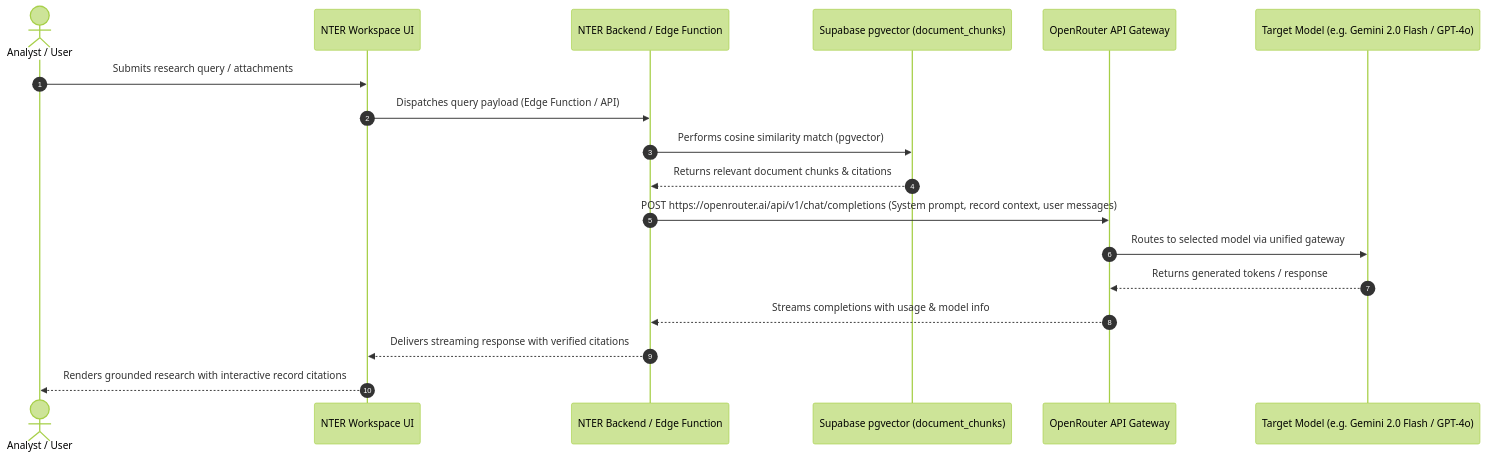
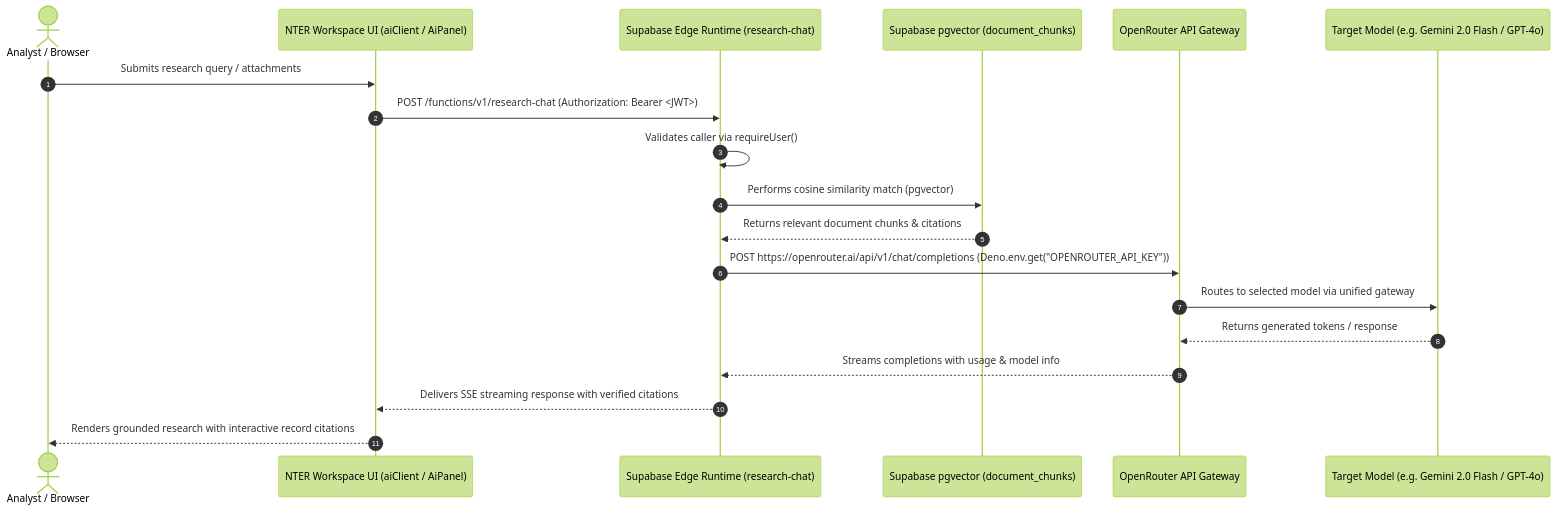
The third of 9 diagrams in docs/flow.md (ddllabs/niyantran), drawn with Mermaid (forest theme) before and after one commit. The commit also changed other lines of this file and 52 other files, not shown here.

````diff
--- a/docs/flow.md
+++ b/docs/flow.md
@@ -76,21 +94,22 @@
 ```mermaid
 sequenceDiagram
     autonumber
-    actor Analyst as Analyst / User
-    participant Frontend as NTER Workspace UI
-    participant Backend as NTER Backend / Edge Function
+    actor Analyst as Analyst / Browser
+    participant Client as NTER Workspace UI (aiClient / AiPanel)
+    participant Edge as Supabase Edge Runtime (research-chat)
     participant VectorDB as Supabase pgvector (document_chunks)
     participant OpenRouter as OpenRouter API Gateway
     participant LLM as Target Model (e.g. Gemini 2.0 Flash / GPT-4o)
 
-    Analyst->>Frontend: Submits research query / attachments
-    Frontend->>Backend: Dispatches query payload (Edge Function / API)
-    Backend->>VectorDB: Performs cosine similarity match (pgvector)
-    VectorDB-->>Backend: Returns relevant document chunks & citations
-    Backend->>OpenRouter: POST https://openrouter.ai/api/v1/chat/completions (System prompt, record context, user messages)
+    Analyst->>Client: Submits research query / attachments
+    Client->>Edge: POST /functions/v1/research-chat (Authorization: Bearer <JWT>)
+    Edge->>Edge: Validates caller via requireUser()
+    Edge->>VectorDB: Performs cosine similarity match (pgvector)
+    VectorDB-->>Edge: Returns relevant document chunks & citations
+    Edge->>OpenRouter: POST https://openrouter.ai/api/v1/chat/completions (Deno.env.get("OPENROUTER_API_KEY"))
     OpenRouter->>LLM: Routes to selected model via unified gateway
     LLM-->>OpenRouter: Returns generated tokens / response
-    OpenRouter-->>Backend: Streams completions with usage & model info
-    Backend-->>Frontend: Delivers streaming response with verified citations
-    Frontend-->>Analyst: Renders grounded research with interactive record citations
+    OpenRouter-->>Edge: Streams completions with usage & model info
+    Edge-->>Client: Delivers SSE streaming response with verified citations
+    Client-->>Analyst: Renders grounded research with interactive record citations
 ```
````
